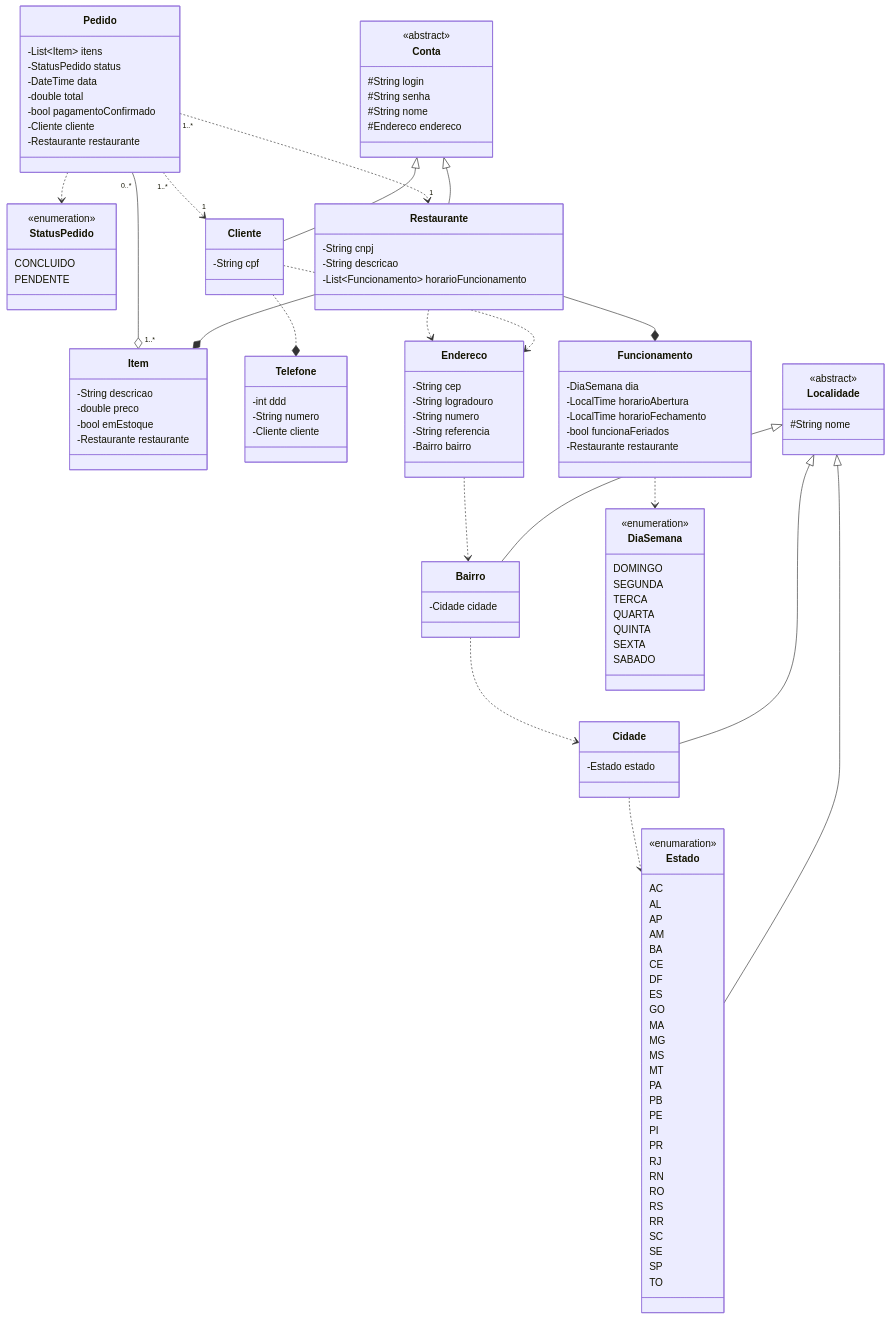
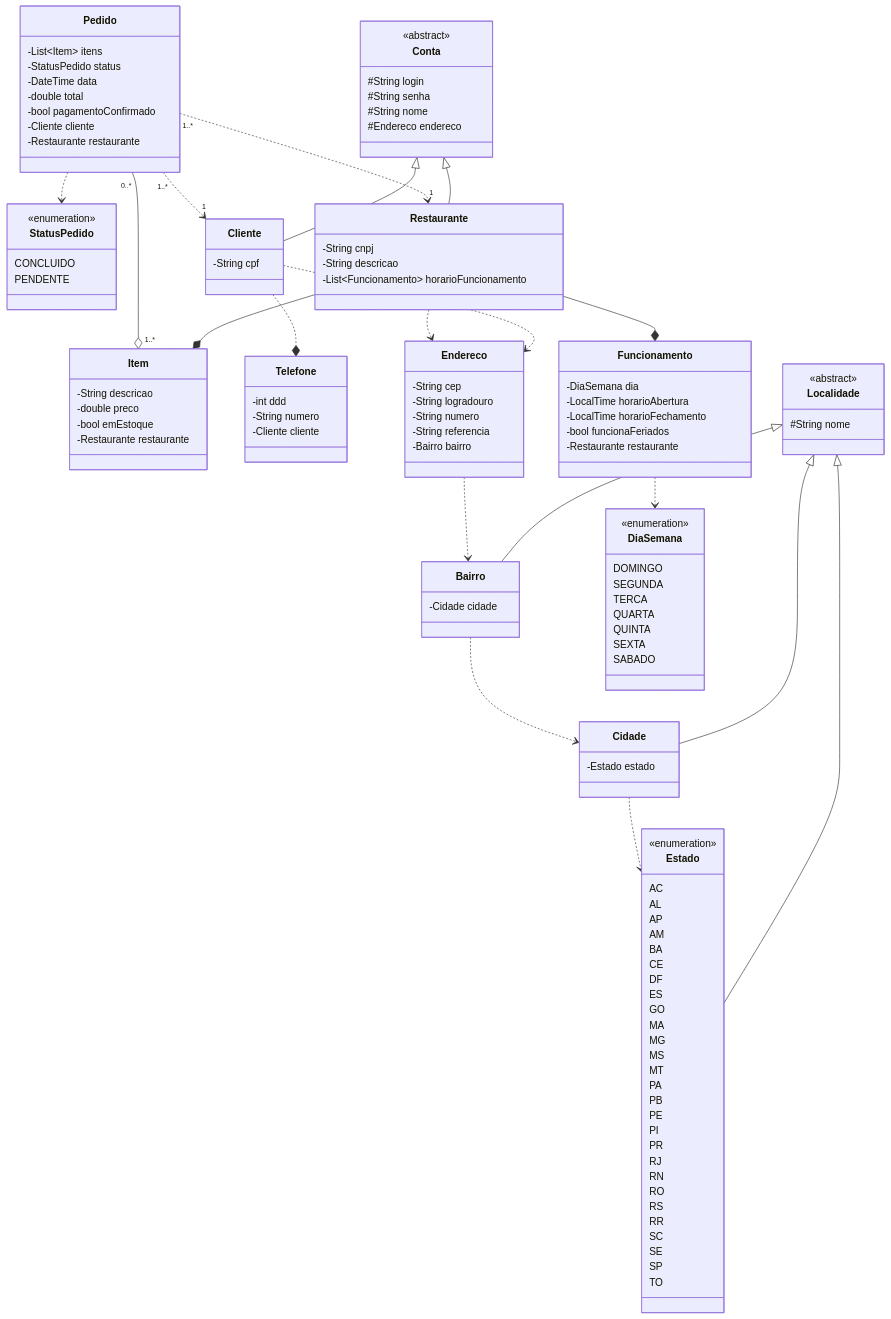
Before and after one commit to gxrj/dio-santander2023: the diagram in desafio-final-backend-dio-santander2023/README.md, drawn with Mermaid.

Commit message:
docs: refatora a documentação

```diff
--- a/desafio-final-backend-dio-santander2023/README.md
+++ b/desafio-final-backend-dio-santander2023/README.md
@@ -58,7 +58,7 @@
         -Estado estado
     }
     class Estado{
-        <<enumaration>>
+        <<enumeration>>
         AC
         AL
         AP
```
